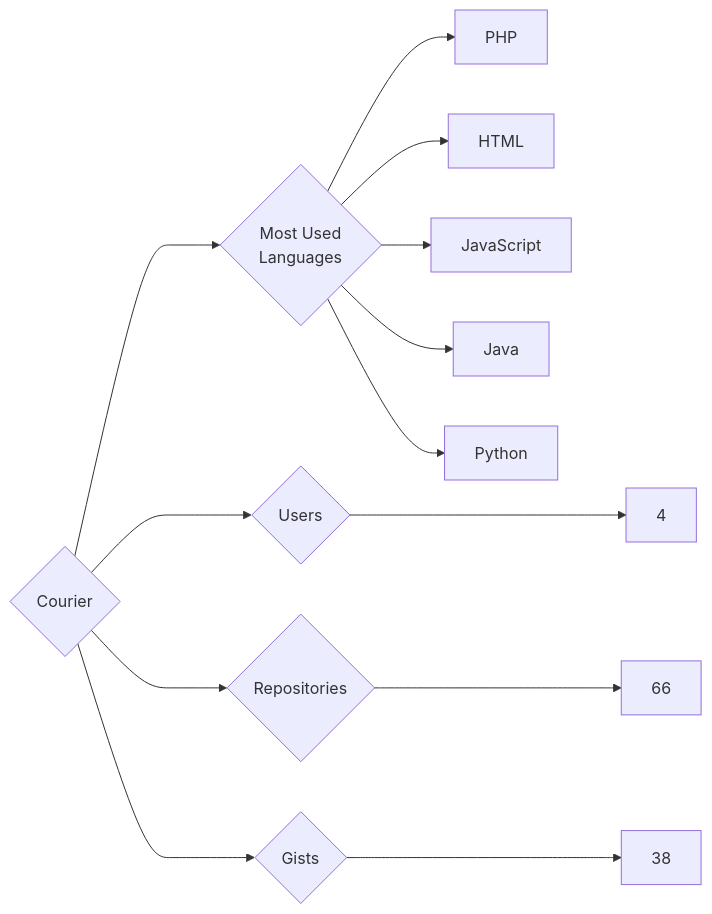
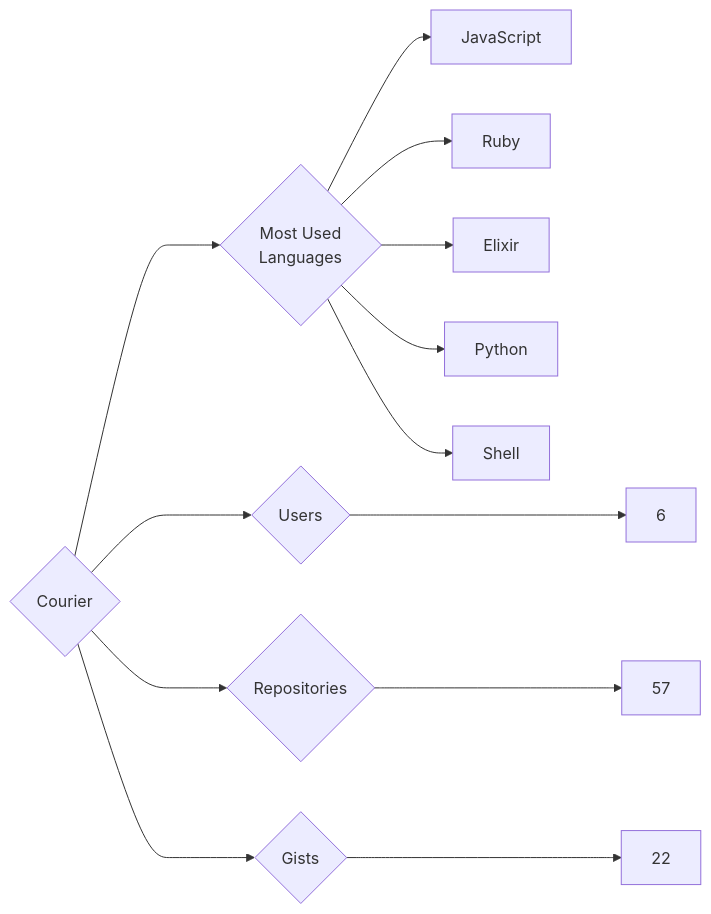
The diagram in targets/Courier/README.md (trickest/insiders), drawn with Mermaid before and after one commit. The commit also changed 1123 other files, not shown here.

````diff
--- a/targets/Courier/README.md
+++ b/targets/Courier/README.md
@@ -3,13 +3,13 @@
 ```mermaid
 graph LR
 COMPANY_NAME{Courier}
-COMPANY_NAME ---> U{Users} ---> UN[4]
-COMPANY_NAME ---> R{Repositories} ---> RN[66]
-COMPANY_NAME ---> G{Gists} ---> GN[38]
+COMPANY_NAME ---> U{Users} ---> UN[6]
+COMPANY_NAME ---> R{Repositories} ---> RN[57]
+COMPANY_NAME ---> G{Gists} ---> GN[22]
 COMPANY_NAME ---> ML{Most Used<br>Languages}
-ML --> PHP[PHP]
-ML --> HTML[HTML]
 ML --> JavaScript[JavaScript]
-ML --> Java[Java]
+ML --> Ruby[Ruby]
+ML --> Elixir[Elixir]
 ML --> Python[Python]
+ML --> Shell[Shell]
 ```
````
